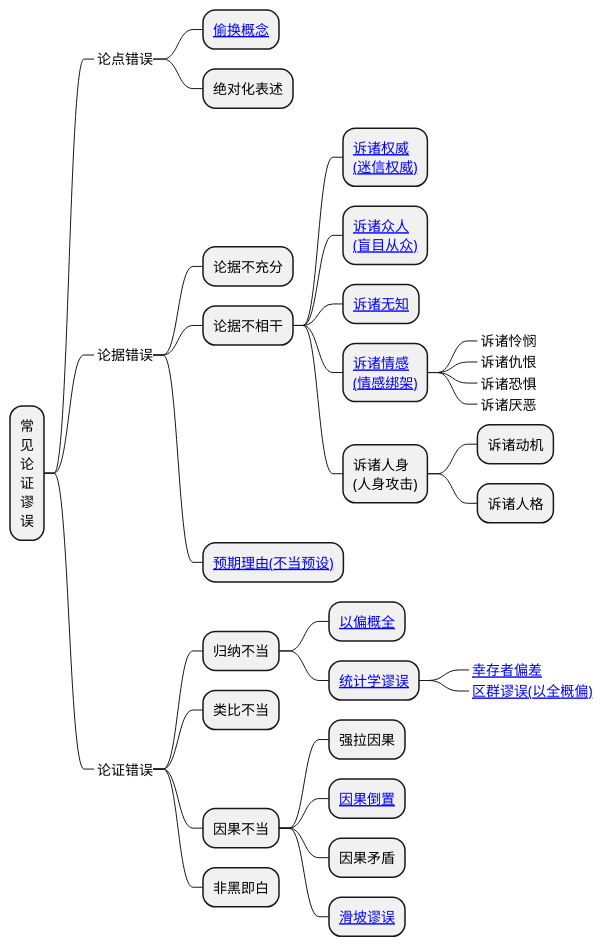
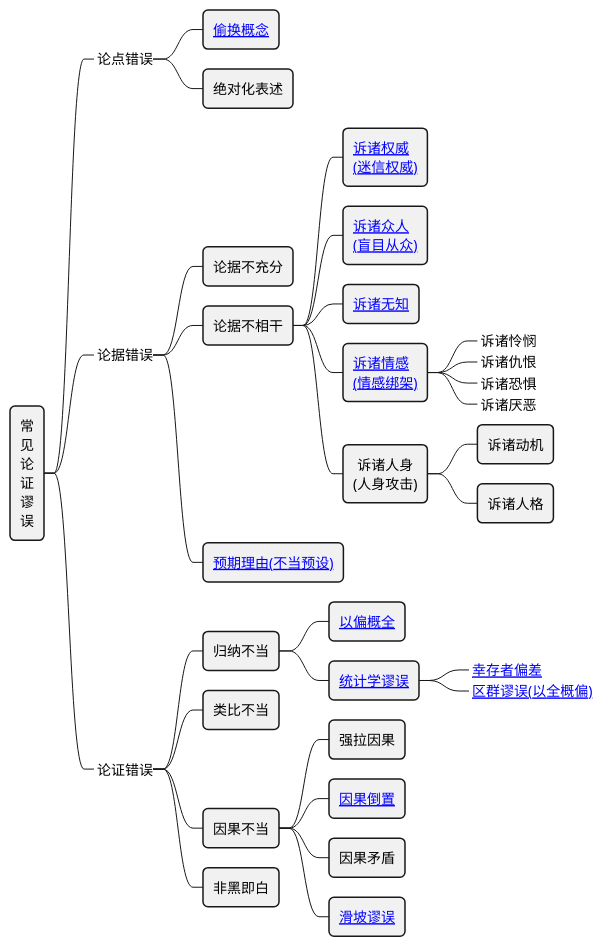
One commit to holmofy/blog.hufeifei.cn changed the fifth of 5 diagrams in source/_posts/logic/logic.md. Above: the diagram before and after it, drawn with PlantUML.

````diff
--- a/source/_posts/logic/logic.md
+++ b/source/_posts/logic/logic.md
@@ -156,36 +156,42 @@
 ```plantuml
 @startmindmap
+<style>
+node {
+    HorizontalAlignment center
+    RoundCorner 10
+}
+</style>
 * 常\n见\n论\n证\n谬\n误
 **_ 论点错误
 *** [[https://baike.baidu.com/item/偷换概念/6714008 偷换概念]]
 *** 绝对化表述
 **_ 论据错误
 *** 论据不充分
 *** 论据不相干
 **** [[https://baike.baidu.com/item/诉诸权威 诉诸权威\n(迷信权威)]]
 **** [[https://baike.baidu.com/item/诉诸大众 诉诸众人\n(盲目从众)]]
 **** [[https://baike.baidu.com/item/诉诸无知 诉诸无知]]
 **** [[https://baike.baidu.com/item/诉诸情感 诉诸情感\n(情感绑架)]]
 *****_ 诉诸怜悯
 *****_ 诉诸仇恨
 *****_ 诉诸恐惧
 *****_ 诉诸厌恶
 **** 诉诸人身\n(人身攻击)
 ***** 诉诸动机
 ***** 诉诸人格
 *** [[https://baike.baidu.com/item/预期理由 预期理由(不当预设)]]
 **_ 论证错误
 *** 归纳不当
 **** [[https://baike.baidu.com/item/以偏概全 以偏概全]]
 **** [[https://baike.baidu.com/item/统计陷阱/3778566 统计学谬误]]
 *****_ [[https://baike.baidu.com/item/幸存者偏差/10313799 幸存者偏差]]
 *****_ [[https://baike.baidu.com/item/区群谬误 区群谬误(以全概偏)]]
 *** 类比不当
 *** 因果不当
 **** 强拉因果
 **** [[https://baike.baidu.com/item/因果倒置 因果倒置]]
 **** 因果矛盾
 **** [[https://baike.baidu.com/item/滑坡谬误 滑坡谬误]]
 *** 非黑即白
 @endmindmap
 ```
````
